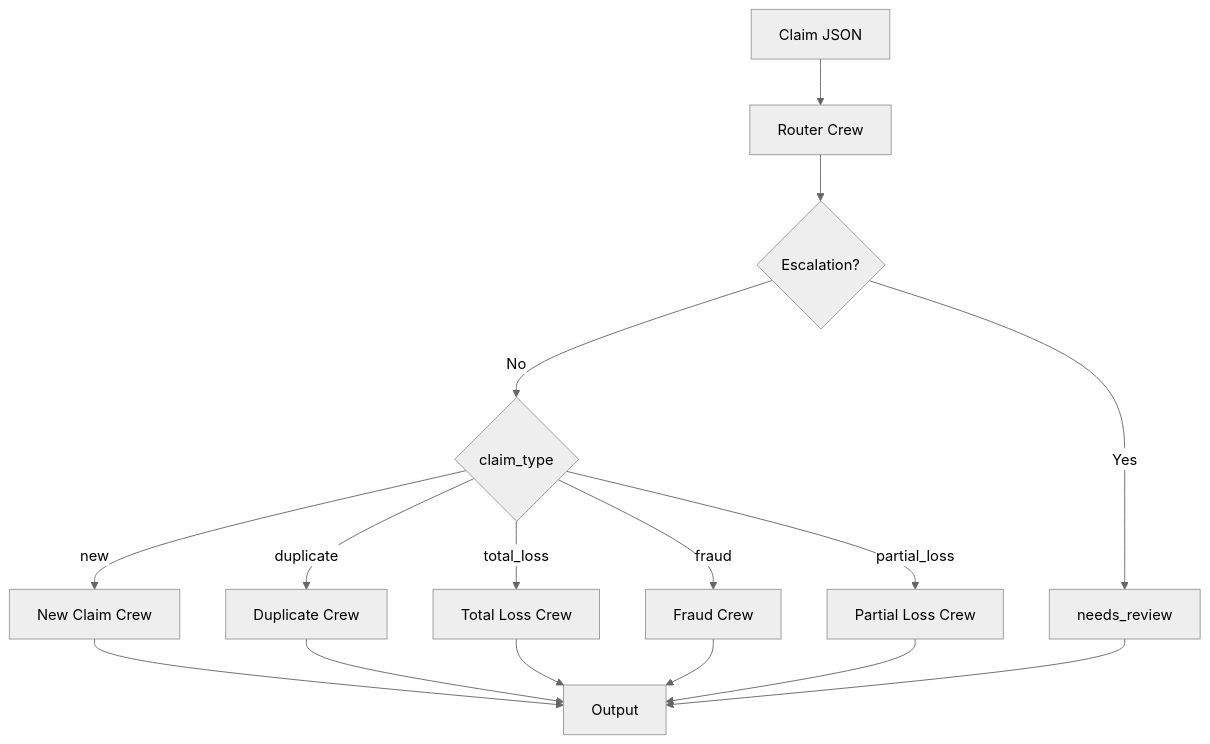
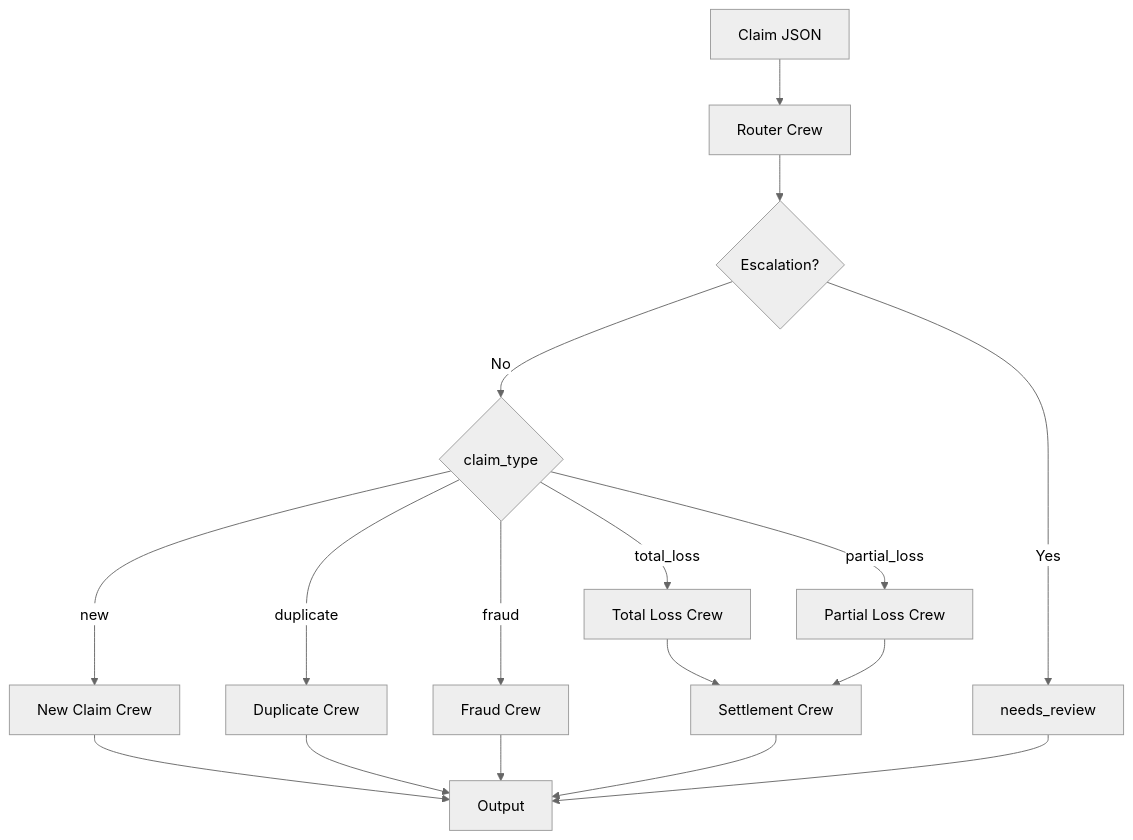
Before and after one commit to csmangum/auto-agent: the diagram in README.md, drawn with Mermaid (neutral theme). The commit also changed 1 other file, not shown here.

Commit message:
Update README and architecture documentation to reflect workflow changes
- Modified the flowchart in `README.md` to include a new Settlement Crew for total loss and partial loss claims.
- Enhanced `architecture.md` by adding a REST API entry point and clarifying the data layer's role, including details on SQLite and Mock Data.
- Updated workflow connections to ensure accurate representation of claim processing paths.

These updates improve the clarity and accuracy of the documentation regarding the system's architecture and workflows.

````diff
--- a/README.md
+++ b/README.md
@@ -22,20 +22,21 @@
 ```mermaid
 flowchart TB
     A[Claim JSON] --> B[Router Crew]
     B --> C{Escalation?}
     C -->|Yes| D[needs_review]
     C -->|No| E{claim_type}
-    
+
     E -->|new| F[New Claim Crew]
     E -->|duplicate| G[Duplicate Crew]
     E -->|total_loss| H[Total Loss Crew]
     E -->|fraud| I[Fraud Crew]
     E -->|partial_loss| J[Partial Loss Crew]
-    
+
     F --> K[Output]
     G --> K
-    H --> K
+    H --> S[Settlement Crew]
     I --> K
-    J --> K
+    J --> S
+    S --> K
     D --> K
 ```
````
